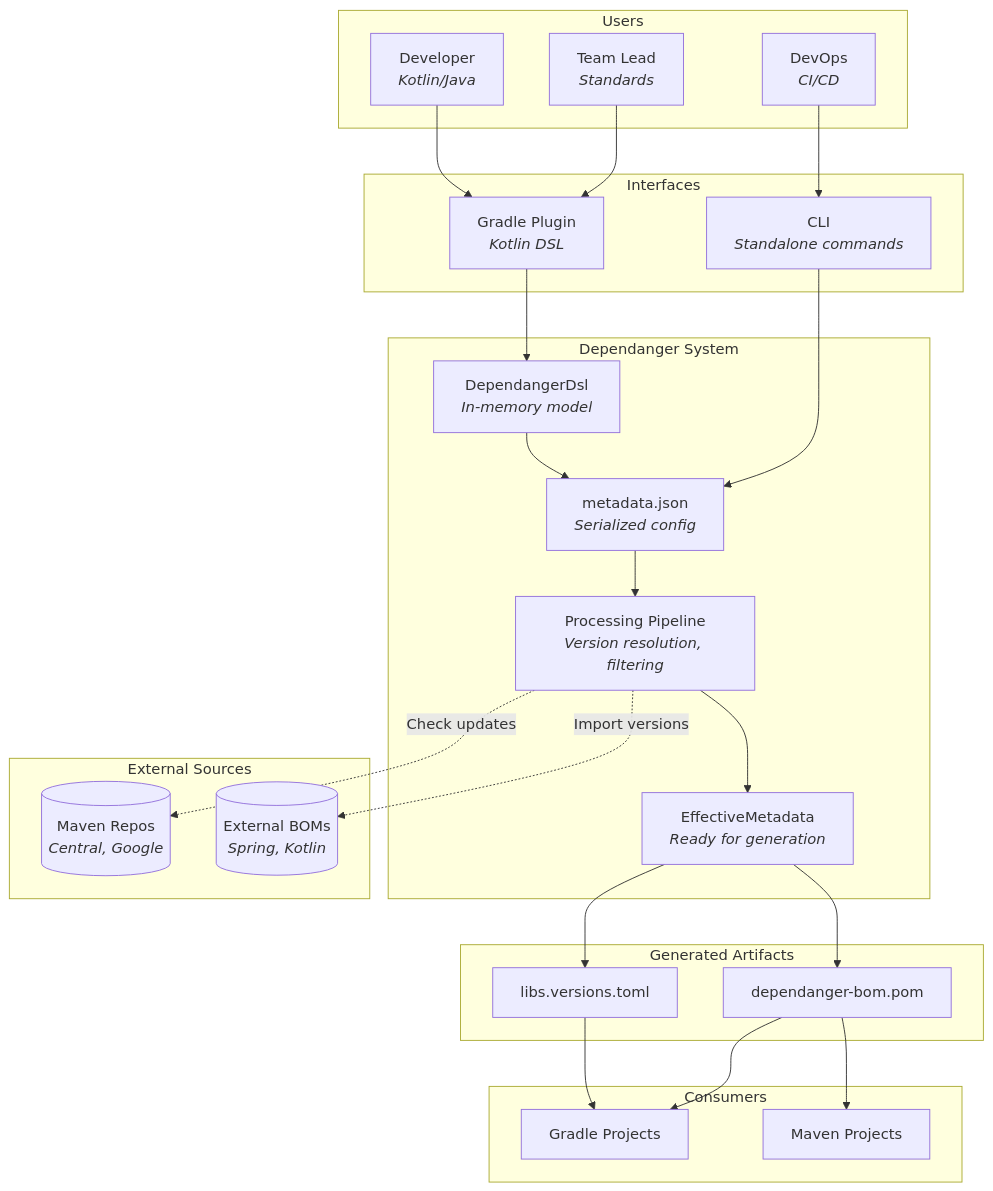
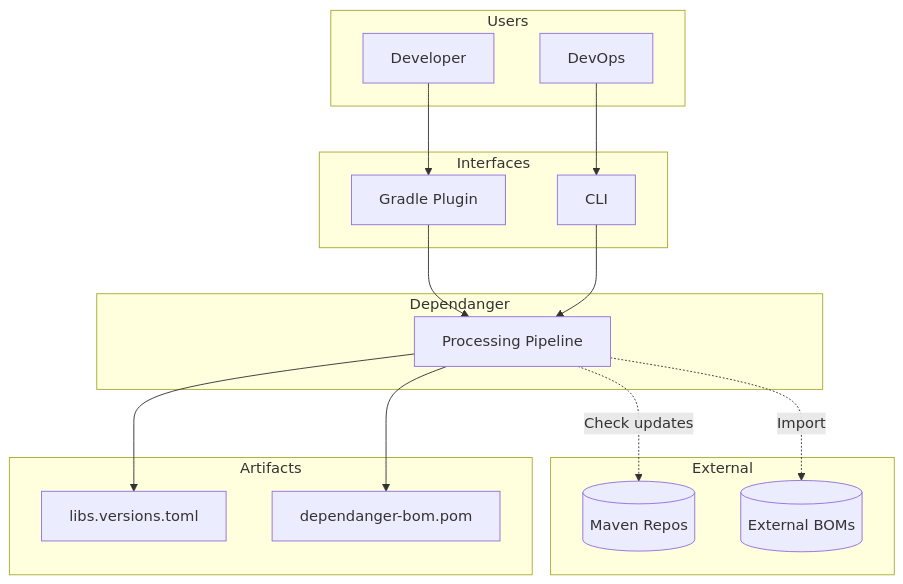
Before and after one commit to zenhelix/dependanger: the second of 2 diagrams in docs/00-overview.adoc, drawn with Mermaid. The commit also changed other lines of this file and 8 other files, not shown here.

```diff
--- a/docs/00-overview.adoc
+++ b/docs/00-overview.adoc
@@ -298,56 +257,39 @@
 [mermaid]
 ----
 flowchart TB
     subgraph users["Users"]
-        developer["Developer<br/><i>Kotlin/Java</i>"]
-        lead["Team Lead<br/><i>Standards</i>"]
-        devops["DevOps<br/><i>CI/CD</i>"]
+        developer["Developer"]
+        devops["DevOps"]
     end
 
     subgraph interfaces["Interfaces"]
-        gradle_plugin["Gradle Plugin<br/><i>Kotlin DSL</i>"]
-        cli["CLI<br/><i>Standalone commands</i>"]
+        gradle_plugin["Gradle Plugin"]
+        cli["CLI"]
     end
 
-    subgraph system["Dependanger System"]
-        dsl["DependangerDsl<br/><i>In-memory model</i>"]
-        metadata["metadata.json<br/><i>Serialized config</i>"]
-        pipeline["Processing Pipeline<br/><i>Version resolution, filtering</i>"]
-        effective["EffectiveMetadata<br/><i>Ready for generation</i>"]
+    subgraph system["Dependanger"]
+        pipeline["Processing Pipeline"]
     end
 
-    subgraph external["External Sources"]
-        maven[("Maven Repos<br/><i>Central, Google</i>")]
-        bom_sources[("External BOMs<br/><i>Spring, Kotlin</i>")]
+    subgraph external["External"]
+        maven[("Maven Repos")]
+        bom_sources[("External BOMs")]
     end
 
-    subgraph artifacts["Generated Artifacts"]
+    subgraph artifacts["Artifacts"]
         toml["libs.versions.toml"]
         bom_out["dependanger-bom.pom"]
     end
 
-    subgraph consumers["Consumers"]
-        gradle_projects["Gradle Projects"]
-        maven_projects["Maven Projects"]
-    end
-
     developer --> gradle_plugin
-    lead --> gradle_plugin
     devops --> cli
 
-    gradle_plugin --> dsl
-    dsl --> metadata
-    cli --> metadata
+    gradle_plugin --> pipeline
+    cli --> pipeline
 
-    metadata --> pipeline
-    pipeline --> effective
-    pipeline -.->|"Import versions"| bom_sources
+    pipeline -.->|"Import"| bom_sources
     pipeline -.->|"Check updates"| maven
 
-    effective --> toml
-    effective --> bom_out
-
-    toml --> gradle_projects
-    bom_out --> maven_projects
-    bom_out --> gradle_projects
+    pipeline --> toml
+    pipeline --> bom_out
 ----
```
